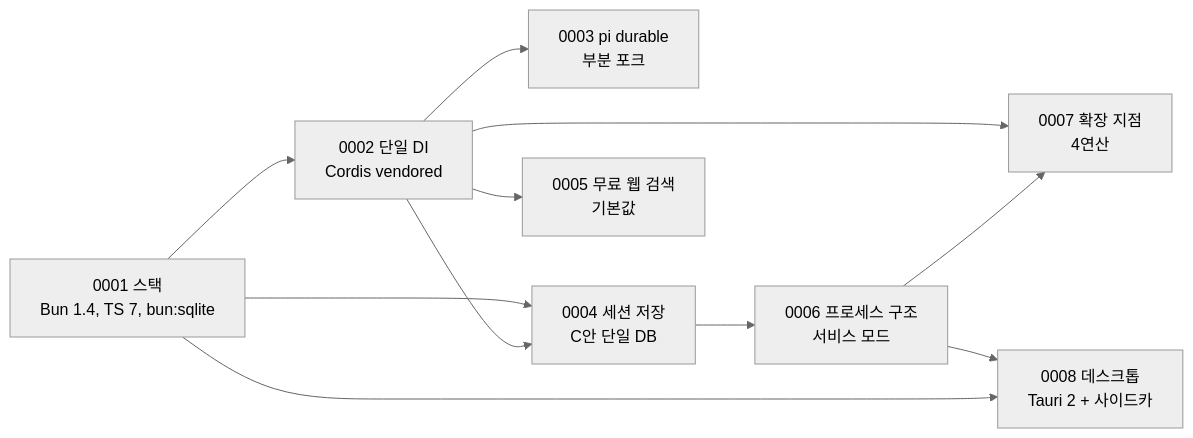
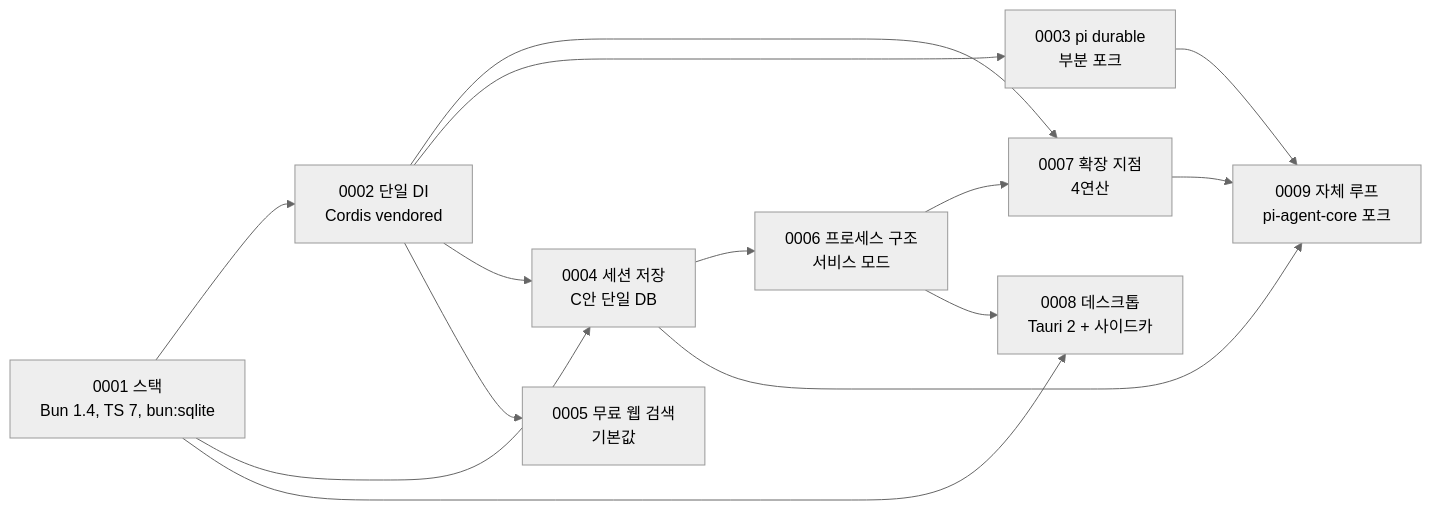
The diagram in docs/xeon/decisions/README.md (Rengod95/Helm-Agent_Docs_OS), drawn with Mermaid (neutral theme) before and after one commit. The commit also changed other lines of this file and 105 other files, not shown here.

````diff
--- a/docs/xeon/decisions/README.md
+++ b/docs/xeon/decisions/README.md
@@ -92,22 +93,26 @@
 ```mermaid
 flowchart LR
   A1["0001 스택<br/>Bun 1.4, TS 7, bun:sqlite"]
   A2["0002 단일 DI<br/>Cordis vendored"]
   A3["0003 pi durable<br/>부분 포크"]
   A4["0004 세션 저장<br/>C안 단일 DB"]
   A5["0005 무료 웹 검색<br/>기본값"]
   A6["0006 프로세스 구조<br/>서비스 모드"]
   A7["0007 확장 지점<br/>4연산"]
   A8["0008 데스크톱<br/>Tauri 2 + 사이드카"]
+  A9["0009 자체 루프<br/>pi-agent-core 포크"]
 
   A1 --> A2
   A2 --> A7
   A2 --> A3
   A1 --> A4
   A2 --> A4
   A2 --> A5
   A4 --> A6
   A6 --> A7
   A6 --> A8
   A1 --> A8
+  A3 --> A9
+  A4 --> A9
+  A7 --> A9
 ```
````
